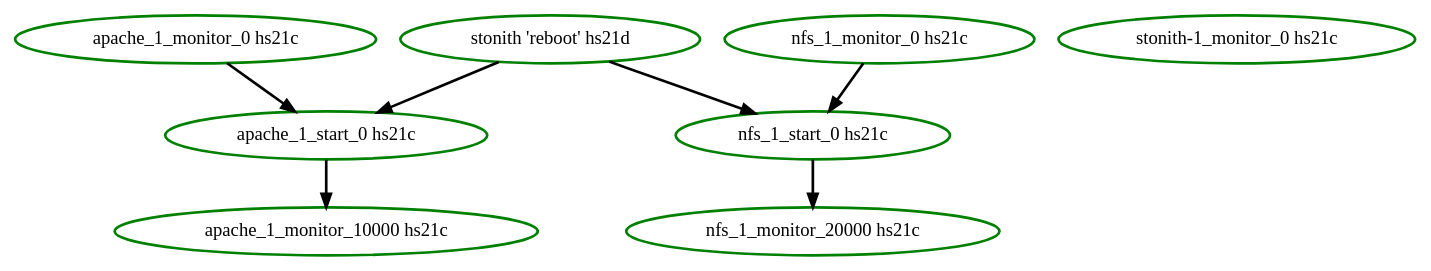
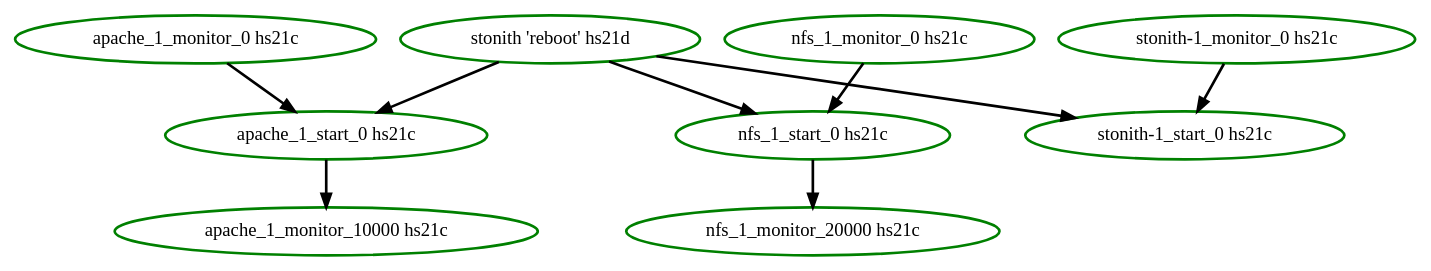
The diagram in cts/scheduler/dot/systemhealthp2.dot (ClusterLabs/pacemaker), drawn with Graphviz before and after one commit. The commit also changed 5 other files, not shown here.

```diff
--- a/cts/scheduler/dot/systemhealthp2.dot
+++ b/cts/scheduler/dot/systemhealthp2.dot
@@ -1,16 +1,19 @@
  digraph "g" {
 "apache_1_monitor_0 hs21c" -> "apache_1_start_0 hs21c" [ style = bold]
 "apache_1_monitor_0 hs21c" [ style=bold color="green" fontcolor="black"]
 "apache_1_monitor_10000 hs21c" [ style=bold color="green" fontcolor="black"]
 "apache_1_start_0 hs21c" -> "apache_1_monitor_10000 hs21c" [ style = bold]
 "apache_1_start_0 hs21c" [ style=bold color="green" fontcolor="black"]
 "nfs_1_monitor_0 hs21c" -> "nfs_1_start_0 hs21c" [ style = bold]
 "nfs_1_monitor_0 hs21c" [ style=bold color="green" fontcolor="black"]
 "nfs_1_monitor_20000 hs21c" [ style=bold color="green" fontcolor="black"]
 "nfs_1_start_0 hs21c" -> "nfs_1_monitor_20000 hs21c" [ style = bold]
 "nfs_1_start_0 hs21c" [ style=bold color="green" fontcolor="black"]
 "stonith 'reboot' hs21d" -> "apache_1_start_0 hs21c" [ style = bold]
 "stonith 'reboot' hs21d" -> "nfs_1_start_0 hs21c" [ style = bold]
+"stonith 'reboot' hs21d" -> "stonith-1_start_0 hs21c" [ style = bold]
 "stonith 'reboot' hs21d" [ style=bold color="green" fontcolor="black"]
+"stonith-1_monitor_0 hs21c" -> "stonith-1_start_0 hs21c" [ style = bold]
 "stonith-1_monitor_0 hs21c" [ style=bold color="green" fontcolor="black"]
+"stonith-1_start_0 hs21c" [ style=bold color="green" fontcolor="black"]
 }
```
